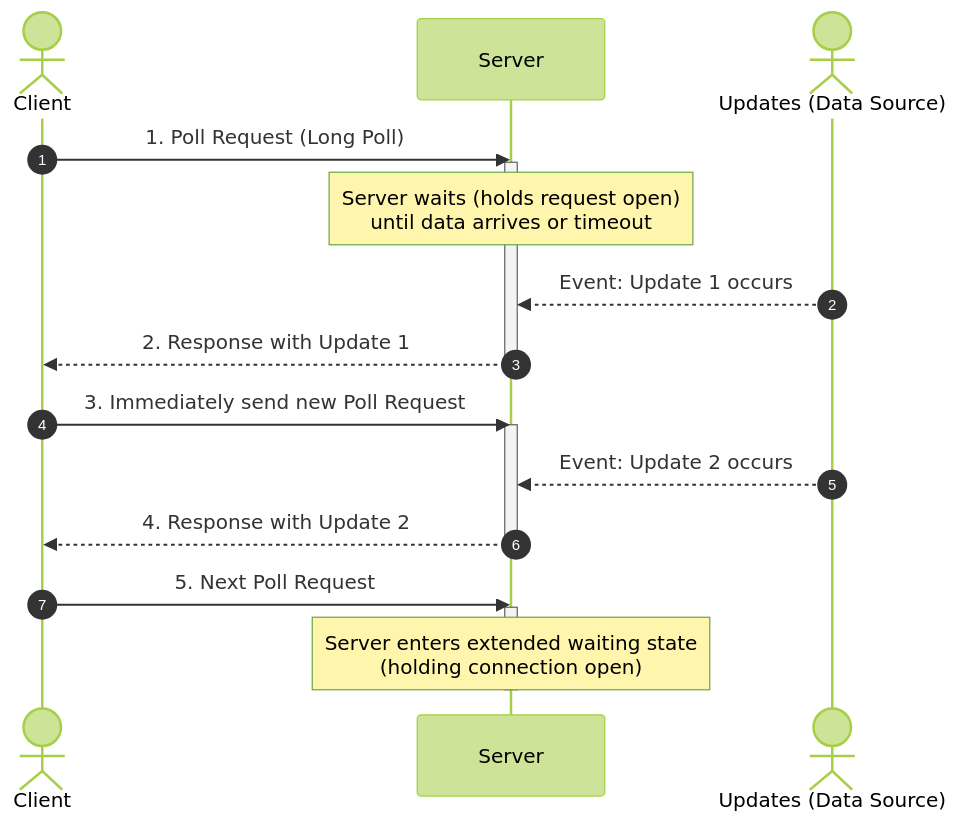
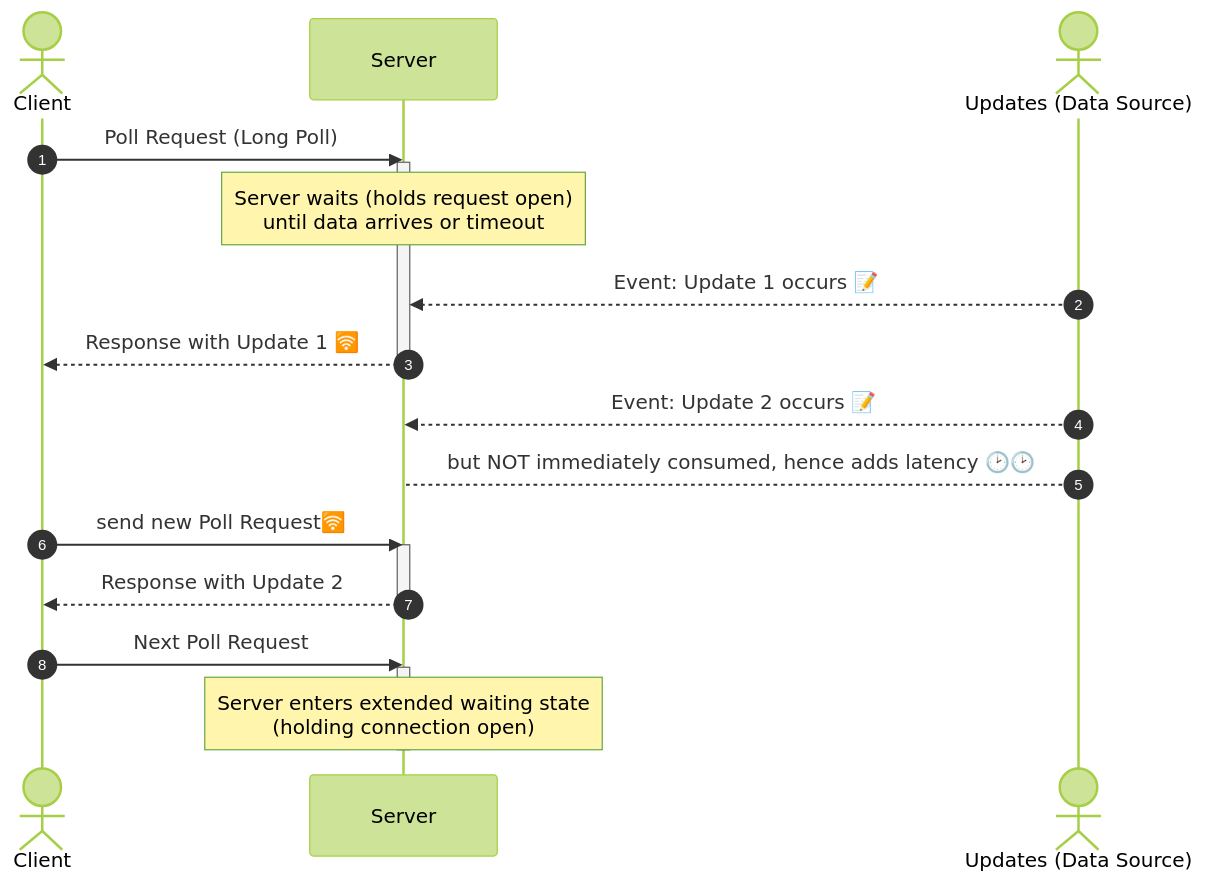
Before and after one commit to lekhrajdinkar/solution-engineer: the second of 3 diagrams in docs/2022-2025/SE_02_system-design/SD_01_Foundation/05_IPC/01_02_polling.md, drawn with Mermaid (forest theme). The commit also changed other lines of this file and 5 other files, not shown here.

````diff
--- a/docs/2022-2025/SE_02_system-design/SD_01_Foundation/05_IPC/01_02_polling.md
+++ b/docs/2022-2025/SE_02_system-design/SD_01_Foundation/05_IPC/01_02_polling.md
@@ -97,31 +99,33 @@
 ```mermaid
 sequenceDiagram
     autonumber
     actor Client as Client
     participant Server as Server
     actor Updates as Updates (Data Source)
 
     %% Request 1 - Wait and receive Update 1
-    Client->>Server: 1. Poll Request (Long Poll)
+    Client->>Server:  Poll Request (Long Poll)
     activate Server
     Note over Server: Server waits (holds request open)<br>until data arrives or timeout
     
-    Updates-->>Server: Event: Update 1 occurs
-    Server-->>Client: 2. Response with Update 1
+    Updates-->>Server: Event: Update 1 occurs 📝
+    Server-->>Client: Response with Update 1 🛜
     deactivate Server
 
     %% Immediate re-poll
-    Client->>Server: 3. Immediately send new Poll Request
+    Updates-->>Server: Event: Update 2 occurs 📝
+    Updates-->Server: but NOT immediately consumed, hence adds latency 🕑🕑
+    Client->>Server: send new Poll Request🛜
     activate Server
     
     %% Brief wait before Update 2
-    Updates-->>Server: Event: Update 2 occurs
-    Server-->>Client: 4. Response with Update 2
+   
+    Server-->>Client:  Response with Update 2
     deactivate Server
 
     %% Request 3 - Long wait (Idle state)
-    Client->>Server: 5. Next Poll Request
+    Client->>Server: Next Poll Request
     activate Server
     Note over Server: Server enters extended waiting state<br>(holding connection open)
     deactivate Server
 ```
````
